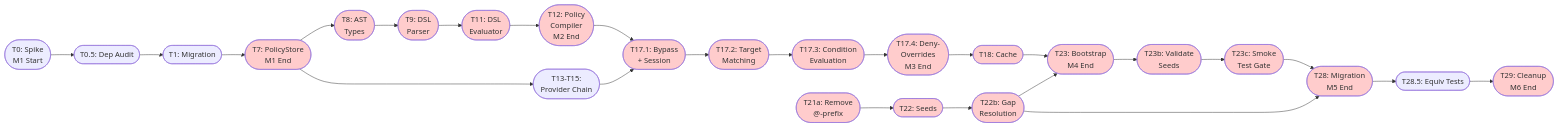
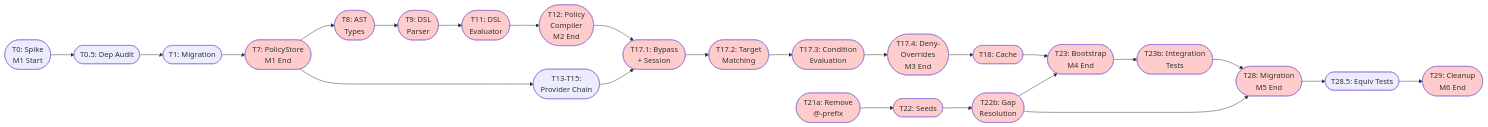
Before and after one commit to holomush/holomush: the first of 2 diagrams in docs/plans/2026-02-06-full-abac-implementation.md, drawn with Mermaid. The commit also changed other lines of this file and 2 other files, not shown here.

First line of the commit message:
fix(plans): combine Tasks 23b/23c into single seed policy integration test suite

````diff
--- a/docs/plans/2026-02-06-full-abac-implementation.md
+++ b/docs/plans/2026-02-06-full-abac-implementation.md
@@ -105,50 +105,48 @@
 ```mermaid
 graph LR
     T0([T0: Spike<br/>M1 Start]) --> T0_5([T0.5: Dep Audit])
     T0_5 --> T1([T1: Migration])
     T1 --> T7([T7: PolicyStore<br/>M1 End])
 
     T7 --> T8([T8: AST<br/>Types])
     T7 --> T13_15([T13-T15:<br/>Provider Chain])
 
     T8 --> T9([T9: DSL<br/>Parser])
     T9 --> T11([T11: DSL<br/>Evaluator])
     T11 --> T12([T12: Policy<br/>Compiler<br/>M2 End])
     T12 --> T17_1([T17.1: Bypass<br/>+ Session])
     T13_15 --> T17_1
     T17_1 --> T17_2([T17.2: Target<br/>Matching])
     T17_2 --> T17_3([T17.3: Condition<br/>Evaluation])
     T17_3 --> T17_4([T17.4: Deny-<br/>Overrides<br/>M3 End])
 
     T17_4 --> T18([T18: Cache])
     T18 --> T23([T23: Bootstrap<br/>M4 End])
     T21a([T21a: Remove<br/>@-prefix])
     T21a --> T22([T22: Seeds])
     T22 --> T22b([T22b: Gap<br/>Resolution])
     T22b --> T23
     T22b --> T28
-    T23 --> T23b([T23b: Validate<br/>Seeds])
-    T23b --> T23c([T23c: Smoke<br/>Test Gate])
-    T23c --> T28([T28: Migration<br/>M5 End])
+    T23 --> T23b([T23b: Integration<br/>Tests])
+    T23b --> T28([T28: Migration<br/>M5 End])
     T28 --> T28_5([T28.5: Equiv Tests])
     T28_5 --> T29([T29: Cleanup<br/>M6 End])
 
     style T7 fill:#ffcccc
     style T8 fill:#ffcccc
     style T9 fill:#ffcccc
     style T11 fill:#ffcccc
     style T12 fill:#ffcccc
     style T17_1 fill:#ffcccc
     style T17_2 fill:#ffcccc
     style T17_3 fill:#ffcccc
     style T17_4 fill:#ffcccc
     style T18 fill:#ffcccc
     style T21a fill:#ffcccc
     style T22 fill:#ffcccc
     style T22b fill:#ffcccc
     style T23 fill:#ffcccc
     style T23b fill:#ffcccc
-    style T23c fill:#ffcccc
     style T28 fill:#ffcccc
     style T29 fill:#ffcccc
 ```
````
